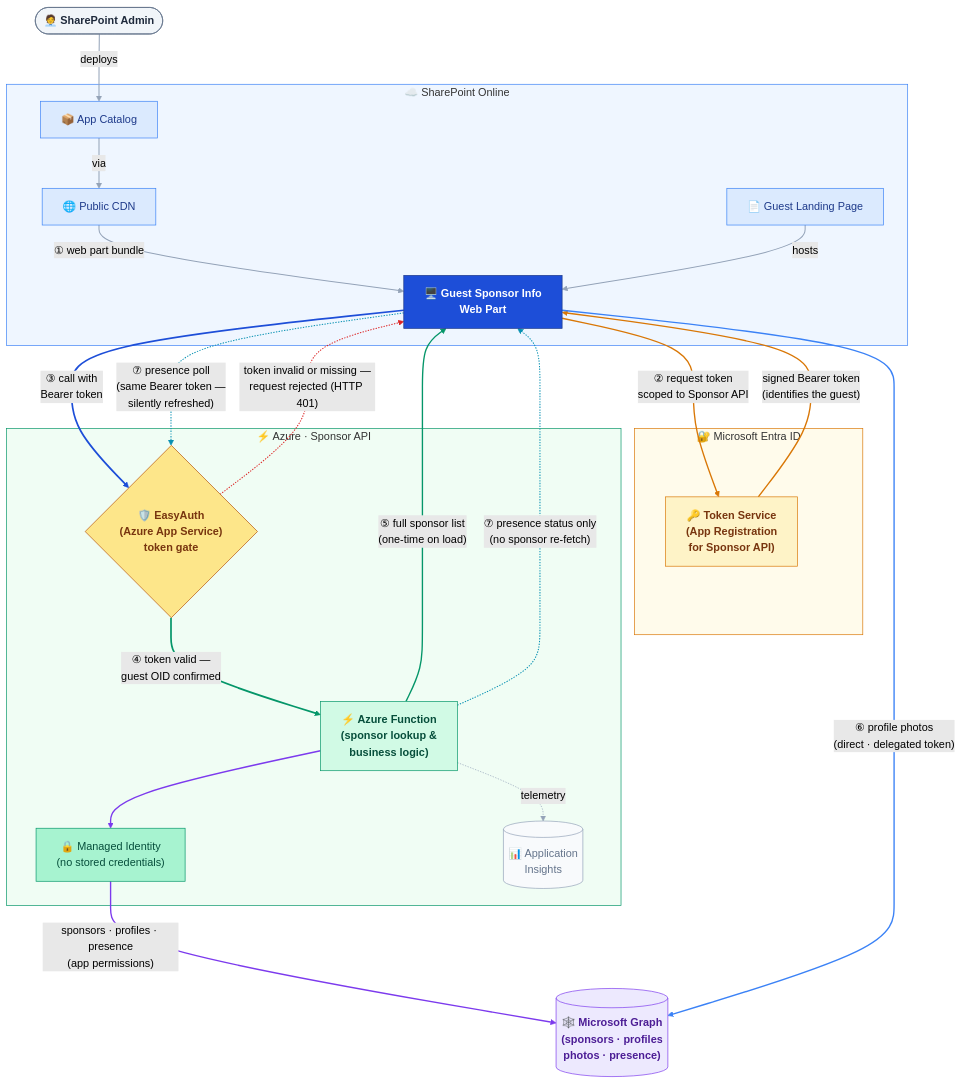
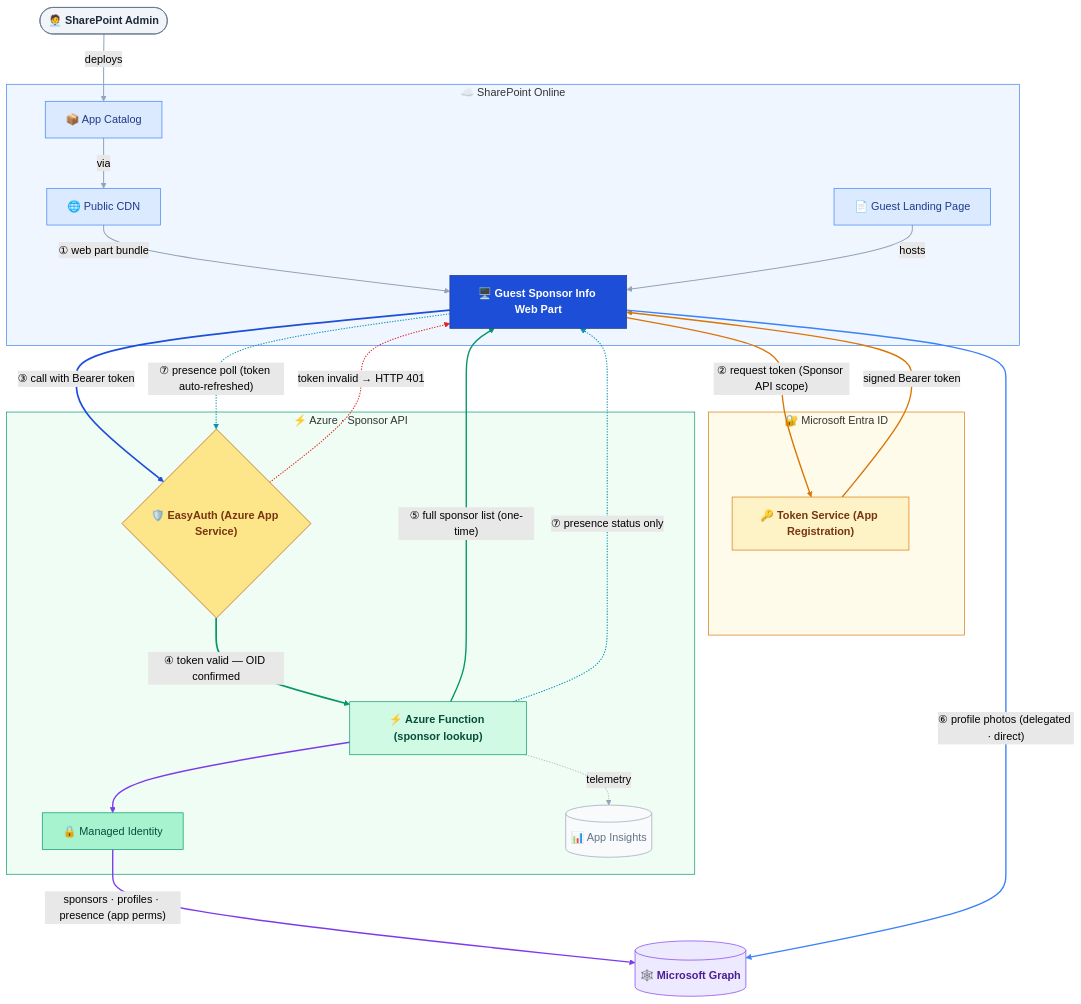
The first of 2 diagrams in docs/architecture-diagram.md (workoho/spfx-guest-sponsor-info), drawn with Mermaid (forest theme) before and after one commit. The commit also changed other lines of this file, not shown here.

Commit message:
fix(diagram): replace \n line breaks with single-line labels
\n in Mermaid node and edge labels renders as literal text in VS Code's
Mermaid preview extension. Replaced all multi-line labels with concise
single-line equivalents — emojis and color-coding already carry the
visual identification; the step table provides full detail.

````diff
--- a/docs/architecture-diagram.md
+++ b/docs/architecture-diagram.md
@@ -21,79 +21,79 @@
 ```mermaid
 flowchart TB
     classDef admin    fill:#f1f5f9,stroke:#64748b,color:#1e293b,font-weight:bold
     classDef delivery fill:#dbeafe,stroke:#3b82f6,color:#1e3a8a
     classDef webpart  fill:#1d4ed8,stroke:#1e3a8a,color:#ffffff,font-weight:bold
     classDef token    fill:#fef3c7,stroke:#d97706,color:#78350f,font-weight:bold
     classDef gate     fill:#fde68a,stroke:#b45309,color:#78350f,font-weight:bold
     classDef func     fill:#d1fae5,stroke:#059669,color:#064e3b,font-weight:bold
     classDef infra    fill:#a7f3d0,stroke:#059669,color:#064e3b
     classDef logs     fill:#f8fafc,stroke:#94a3b8,color:#64748b
     classDef msgraph  fill:#ede9fe,stroke:#7c3aed,color:#4c1d95,font-weight:bold
 
     Admin(["🧑‍💼 SharePoint Admin"]):::admin
 
     subgraph spo["☁️ SharePoint Online"]
         Catalog["📦 App Catalog"]:::delivery
         CDN["🌐 Public CDN"]:::delivery
         Page["📄 Guest Landing Page"]:::delivery
-        WP["🖥️ Guest Sponsor Info\nWeb Part"]:::webpart
+        WP["🖥️ Guest Sponsor Info Web Part"]:::webpart
     end
 
     subgraph entra["🔐 Microsoft Entra ID"]
-        TokenSvc["🔑 Token Service\n(App Registration\nfor Sponsor API)"]:::token
+        TokenSvc["🔑 Token Service (App Registration)"]:::token
     end
 
     subgraph azure["⚡ Azure · Sponsor API"]
-        EasyAuth{"🛡️ EasyAuth\n(Azure App Service)\ntoken gate"}:::gate
-        Func["⚡ Azure Function\n(sponsor lookup &\nbusiness logic)"]:::func
-        MI["🔒 Managed Identity\n(no stored credentials)"]:::infra
-        AI[("📊 Application\nInsights")]:::logs
+        EasyAuth{"🛡️ EasyAuth (Azure App Service)"}:::gate
+        Func["⚡ Azure Function (sponsor lookup)"]:::func
+        MI["🔒 Managed Identity"]:::infra
+        AI[("📊 App Insights")]:::logs
     end
 
-    Graph[("🕸️ Microsoft Graph\n(sponsors · profiles\nphotos · presence)")]:::msgraph
+    Graph[("🕸️ Microsoft Graph")]:::msgraph
 
     Admin      -- "deploys"                              --> Catalog
     Catalog    -- "via"                                  --> CDN
     CDN        -- "① web part bundle"                    --> WP
     Page       -- "hosts"                                --> WP
 
-    WP         -- "② request token\nscoped to Sponsor API"   --> TokenSvc
-    TokenSvc   -- "signed Bearer token\n(identifies the guest)"  --> WP
-    WP         -- "③ call with\nBearer token"            --> EasyAuth
-    EasyAuth   -- "④ token valid —\nguest OID confirmed"  --> Func
-    EasyAuth   -. "token invalid or missing —\nrequest rejected (HTTP 401)"  .-> WP
+    WP         -- "② request token (Sponsor API scope)"  --> TokenSvc
+    TokenSvc   -- "signed Bearer token"                   --> WP
+    WP         -- "③ call with Bearer token"              --> EasyAuth
+    EasyAuth   -- "④ token valid — OID confirmed"         --> Func
+    EasyAuth   -. "token invalid → HTTP 401"              .-> WP
     Func       --> MI
-    MI         -- "sponsors · profiles · presence\n(app permissions)"  --> Graph
-    Func       -- "⑤ full sponsor list\n(one-time on load)"  --> WP
-    Func       -. "telemetry"                            .-> AI
-    WP         -- "⑥ profile photos\n(direct · delegated token)"  --> Graph
+    MI         -- "sponsors · profiles · presence (app perms)" --> Graph
+    Func       -- "⑤ full sponsor list (one-time)"        --> WP
+    Func       -. "telemetry"                             .-> AI
+    WP         -- "⑥ profile photos (delegated · direct)" --> Graph
 
-    WP         -. "⑦ presence poll\n(same Bearer token —\nsilently refreshed)"  .-> EasyAuth
-    Func       -. "⑦ presence status only\n(no sponsor re-fetch)"  .-> WP
+    WP         -. "⑦ presence poll (token auto-refreshed)" .-> EasyAuth
+    Func       -. "⑦ presence status only"                .-> WP
 
     style spo   fill:#eff6ff,stroke:#3b82f6
     style entra fill:#fffbeb,stroke:#d97706
     style azure fill:#f0fdf4,stroke:#059669
 
     %% link indices (declaration order, 0-based)
     %% 0–3   delivery: Admin→Catalog, Catalog→CDN, CDN→WP, Page→WP
     linkStyle 0,1,2,3   stroke:#94a3b8,stroke-width:1.5px
     %% 4–5   token roundtrip: WP→TokenSvc, TokenSvc→WP
     linkStyle 4,5       stroke:#d97706,stroke-width:2px
     %% 6     initial API call: WP→EasyAuth
     linkStyle 6         stroke:#1d4ed8,stroke-width:2.5px
     %% 7     valid path: EasyAuth→Func
     linkStyle 7         stroke:#059669,stroke-width:2.5px
     %% 8     rejection path: EasyAuth→WP
     linkStyle 8         stroke:#dc2626,stroke-width:1.5px
     %% 9–10  function→Graph via MI
     linkStyle 9,10      stroke:#7c3aed,stroke-width:2px
     %% 11    sponsor list response: Func→WP
     linkStyle 11        stroke:#059669,stroke-width:2px
     %% 12    telemetry: Func→AI
     linkStyle 12        stroke:#94a3b8,stroke-width:1px
     %% 13    photos: WP→Graph
     linkStyle 13        stroke:#3b82f6,stroke-width:2px
     %% 14–15 presence polling: WP→EasyAuth, Func→WP
     linkStyle 14,15     stroke:#0891b2,stroke-width:1.5px
 ```
````
